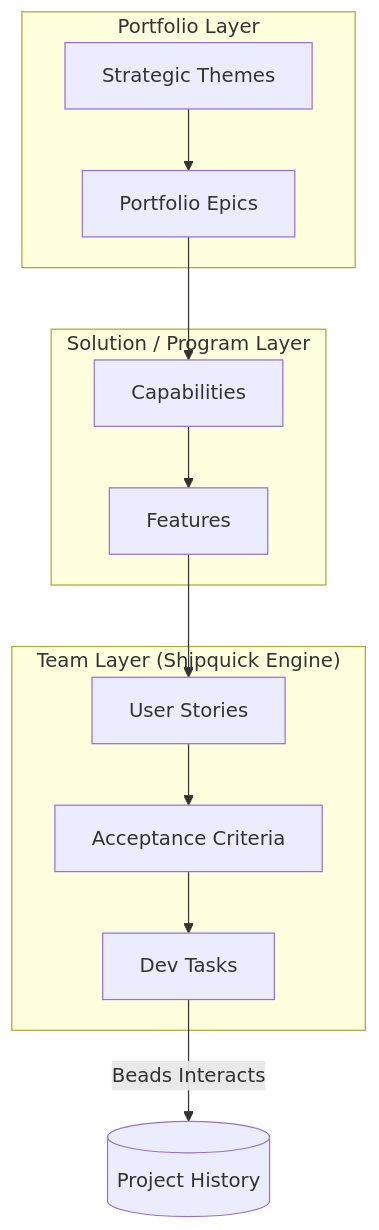
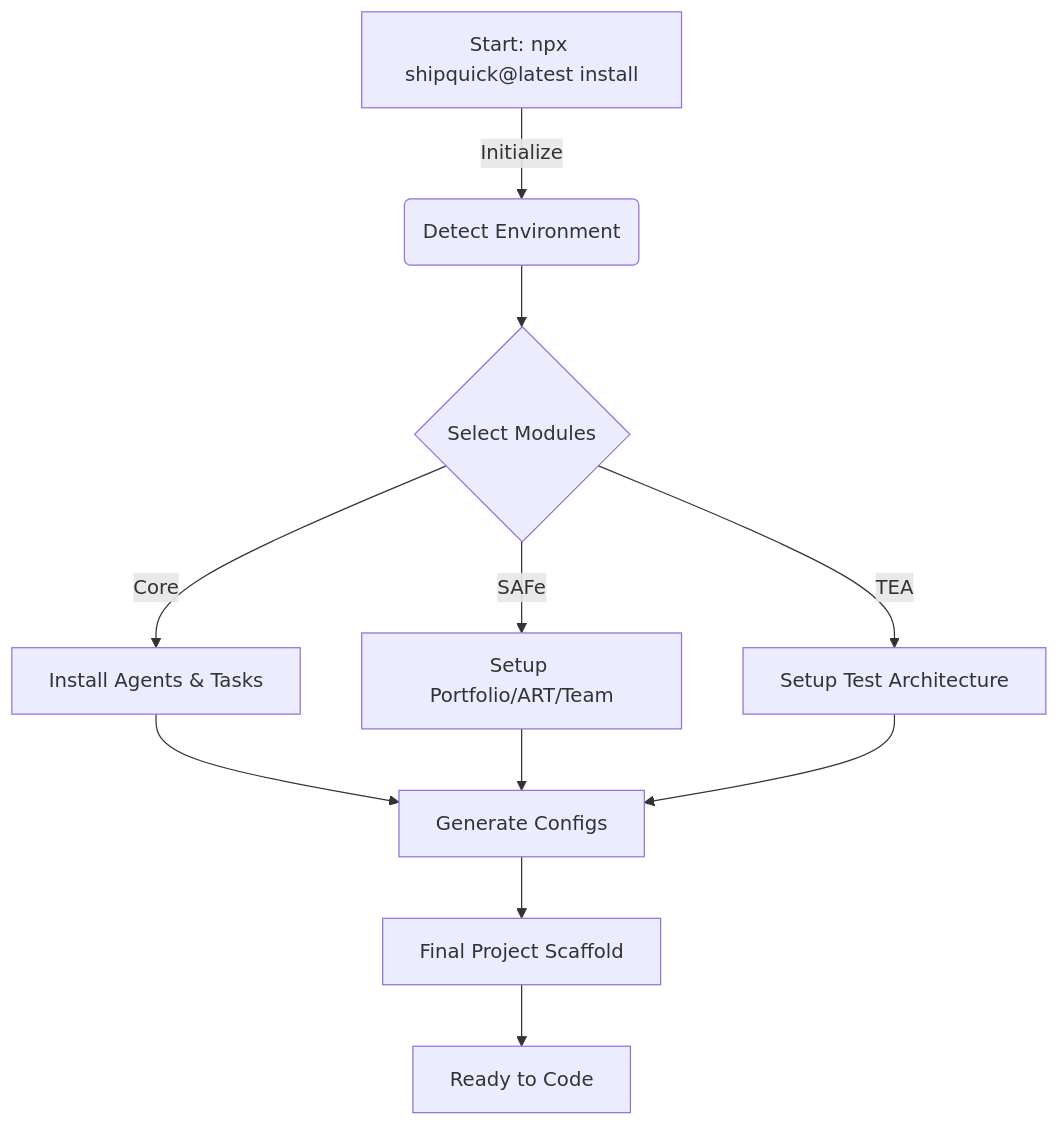
Before and after one commit to CivilEngineersCanAlsoCode/Shipquick: the diagram in readme.md, drawn with Mermaid. The commit also changed other lines of this file and 1131 other files, not shown here.

````diff
--- a/readme.md
+++ b/readme.md
@@ -69,19 +25,11 @@
 ```mermaid
 graph TD
-    subgraph "Portfolio Layer"
-        T[Strategic Themes] --> E[Portfolio Epics]
-    end
-
-    subgraph "Solution / Program Layer"
-        E --> C[Capabilities]
-        C --> F[Features]
-    end
-
-    subgraph "Team Layer (Shipquick Engine)"
-        F --> S[User Stories]
-        S --> AC[Acceptance Criteria]
-        AC --> TASK[Dev Tasks]
-    end
-
-    TASK -->|Beads Interacts| HISTORY[(Project History)]
+    A[Start: npx shipquick@latest install] -->|Initialize| B(Detect Environment)
+    B --> C{Select Modules}
+    C -->|Core| D[Install Agents & Tasks]
+    C -->|SAFe| E[Setup Portfolio/ART/Team]
+    C -->|TEA| F[Setup Test Architecture]
+    D & E & F --> G[Generate Configs]
+    G --> H[Final Project Scaffold]
+    H --> I[Ready to Code]
 ```
````
